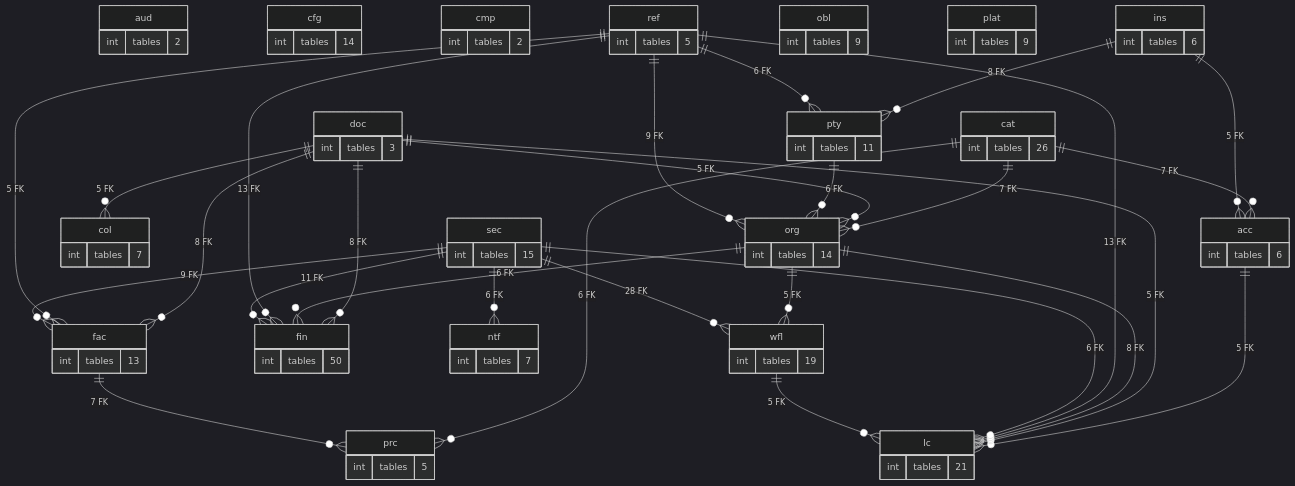
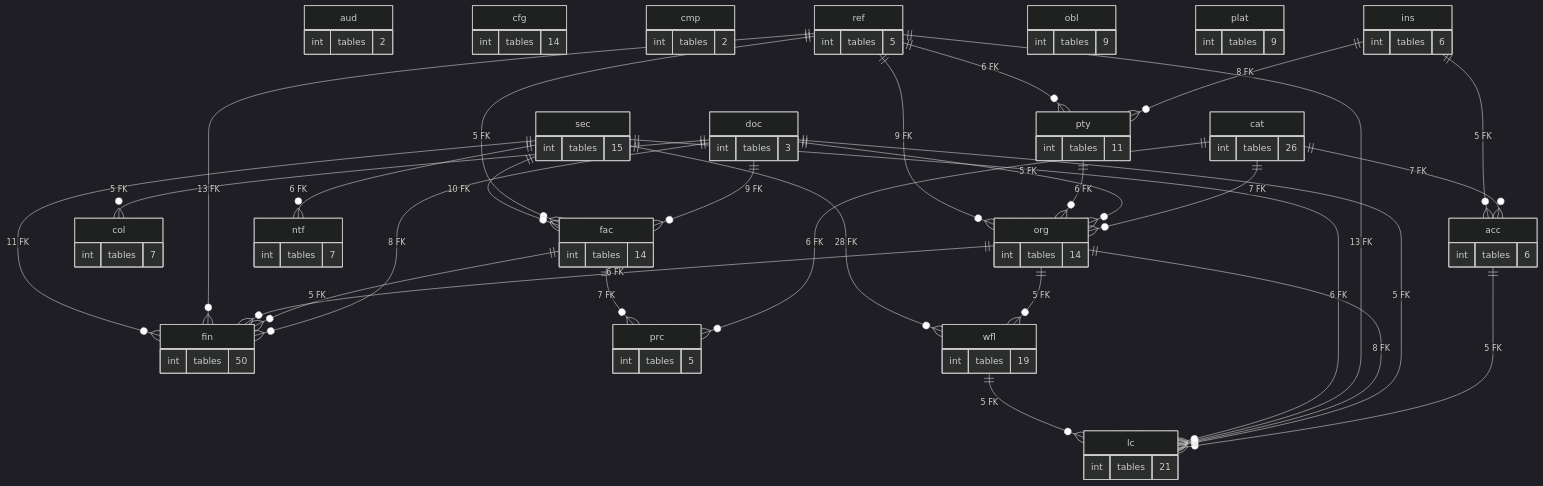
One commit to thawrasy/smartlines changed the diagram in treasury-platform/docs/diagrams/erd/schema_map.mmd. Above: the diagram before and after it, drawn with Mermaid (dark theme). The commit also changed 136 other files, not shown here.

```diff
--- a/treasury-platform/docs/diagrams/erd/schema_map.mmd
+++ b/treasury-platform/docs/diagrams/erd/schema_map.mmd
@@ -1,89 +1,90 @@
 %% خريطة المخططات: العلاقة = عدد المفاتيح الأجنبية بين المخططين (≥ 5)
 erDiagram
   acc {
     int tables "6"
   }
   aud {
     int tables "2"
   }
   cat {
     int tables "26"
   }
   cfg {
     int tables "14"
   }
   cmp {
     int tables "2"
   }
   col {
     int tables "7"
   }
   doc {
     int tables "3"
   }
   fac {
-    int tables "13"
+    int tables "14"
   }
   fin {
     int tables "50"
   }
   ins {
     int tables "6"
   }
   lc {
     int tables "21"
   }
   ntf {
     int tables "7"
   }
   obl {
     int tables "9"
   }
   org {
     int tables "14"
   }
   plat {
     int tables "9"
   }
   prc {
     int tables "5"
   }
   pty {
     int tables "11"
   }
   ref {
     int tables "5"
   }
   sec {
     int tables "15"
   }
   wfl {
     int tables "19"
   }
   acc ||--o{ lc : "5 FK"
   cat ||--o{ acc : "7 FK"
   cat ||--o{ org : "7 FK"
   cat ||--o{ prc : "6 FK"
   doc ||--o{ col : "5 FK"
-  doc ||--o{ fac : "8 FK"
+  doc ||--o{ fac : "9 FK"
   doc ||--o{ fin : "8 FK"
   doc ||--o{ lc : "5 FK"
   doc ||--o{ org : "5 FK"
+  fac ||--o{ fin : "5 FK"
   fac ||--o{ prc : "7 FK"
   ins ||--o{ acc : "5 FK"
   ins ||--o{ pty : "8 FK"
   org ||--o{ fin : "6 FK"
   org ||--o{ lc : "8 FK"
   org ||--o{ wfl : "5 FK"
   pty ||--o{ org : "6 FK"
   ref ||--o{ fac : "5 FK"
   ref ||--o{ fin : "13 FK"
   ref ||--o{ lc : "13 FK"
   ref ||--o{ org : "9 FK"
   ref ||--o{ pty : "6 FK"
-  sec ||--o{ fac : "9 FK"
+  sec ||--o{ fac : "10 FK"
   sec ||--o{ fin : "11 FK"
   sec ||--o{ lc : "6 FK"
   sec ||--o{ ntf : "6 FK"
   sec ||--o{ wfl : "28 FK"
   wfl ||--o{ lc : "5 FK"
```
